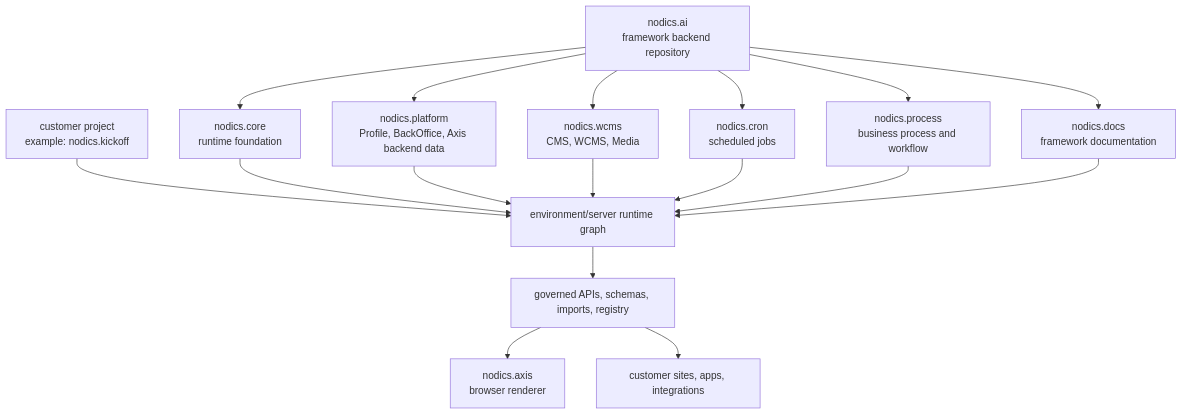
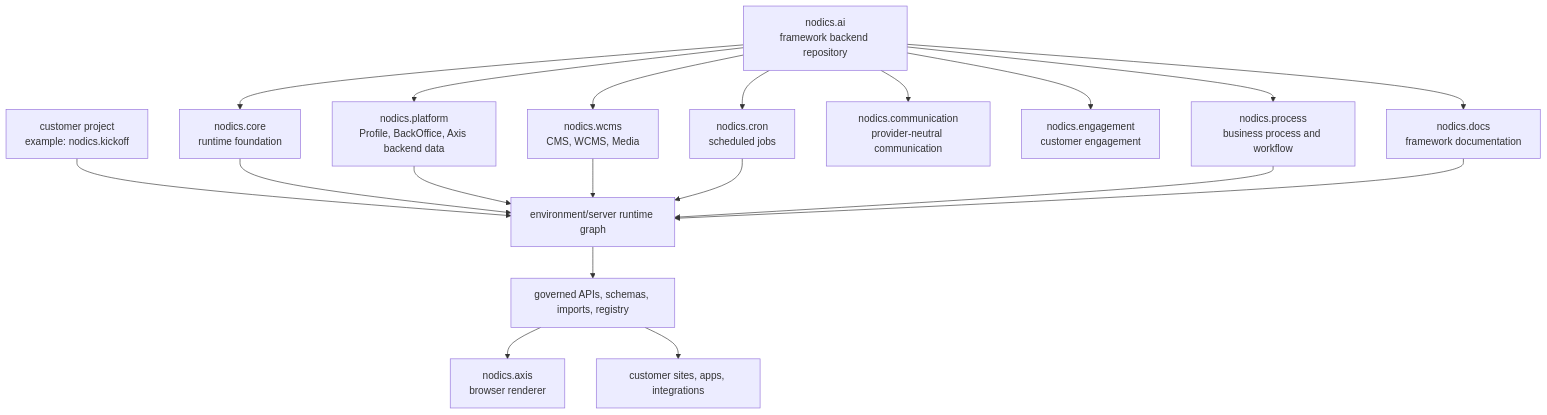
The third of 4 diagrams in README.md (Nodics/nodics.ai), drawn with Mermaid before and after one commit. The commit also changed other lines of this file and 978 other files, not shown here.

Commit message:
feat: deliver commerce and customer engagement platform

````diff
--- a/README.md
+++ b/README.md
@@ -165,21 +165,23 @@
 ```mermaid
 flowchart TB
   Framework["nodics.ai<br/>framework backend repository"] --> Core["nodics.core<br/>runtime foundation"]
   Framework --> Platform["nodics.platform<br/>Profile, BackOffice, Axis backend data"]
   Framework --> WCMS["nodics.wcms<br/>CMS, WCMS, Media"]
   Framework --> Cron["nodics.cron<br/>scheduled jobs"]
   Framework --> Process["nodics.process<br/>business process and workflow"]
+  Framework --> Communication["nodics.communication<br/>provider-neutral communication"]
+  Framework --> Engagement["nodics.engagement<br/>customer engagement"]
   Framework --> Docs["nodics.docs<br/>framework documentation"]
 
   Customer["customer project<br/>example: nodics.kickoff"] --> Runtime["environment/server runtime graph"]
   Core --> Runtime
   Platform --> Runtime
   WCMS --> Runtime
   Cron --> Runtime
   Process --> Runtime
   Docs --> Runtime
 
   Runtime --> APIs["governed APIs, schemas, imports, registry"]
   APIs --> Axis["nodics.axis<br/>browser renderer"]
   APIs --> Apps["customer sites, apps, integrations"]
 ```
````
